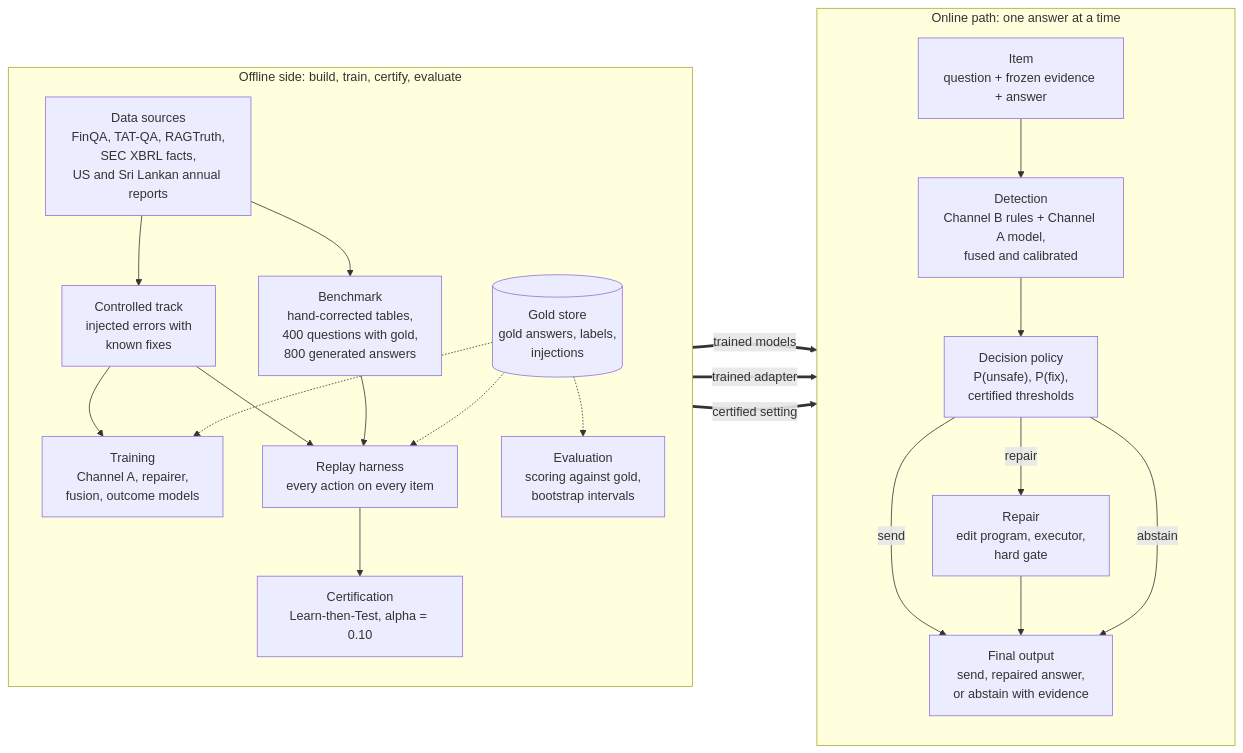
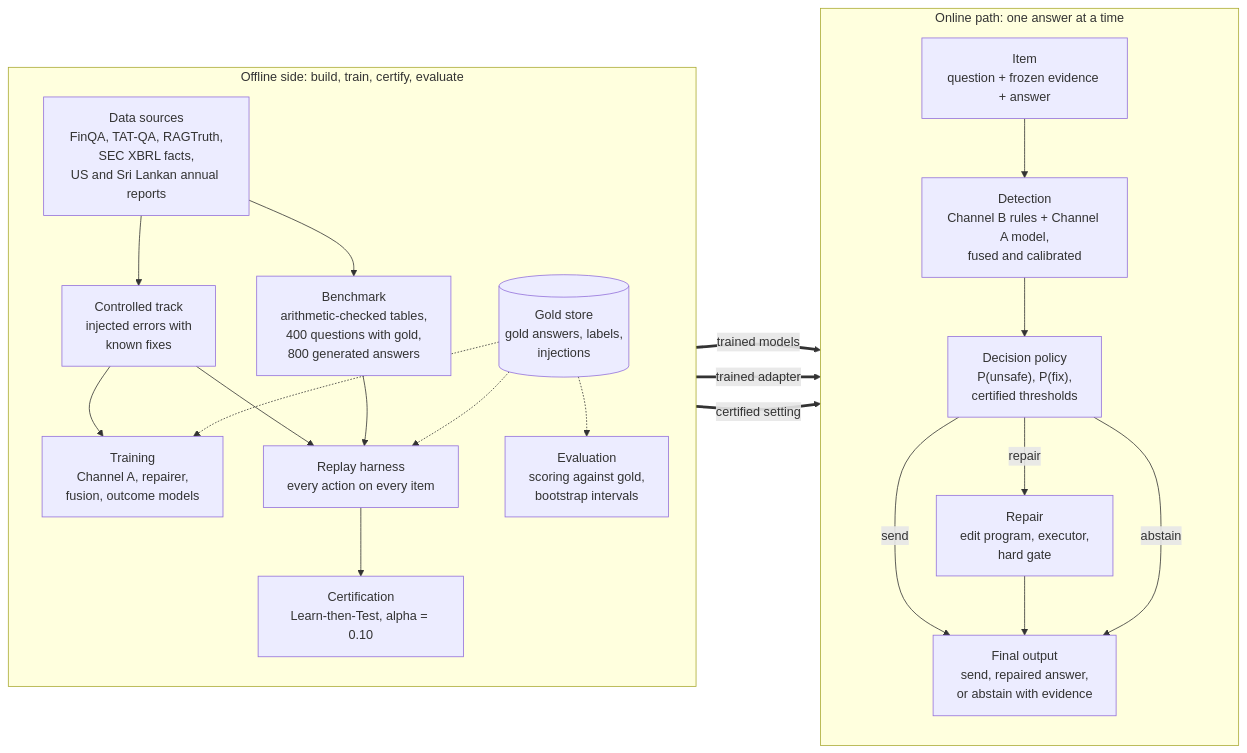
Before and after one commit to SharafThawfeek/FaithGurd-new: the first of 32 diagrams in docs/architecture.md, drawn with Mermaid. The commit also changed other lines of this file and 38 other files, not shown here.

````diff
--- a/docs/architecture.md
+++ b/docs/architecture.md
@@ -61,40 +61,40 @@
 ```mermaid
 flowchart LR
     subgraph OFF["Offline side: build, train, certify, evaluate"]
         direction TB
         SRC["Data sources<br/>FinQA, TAT-QA, RAGTruth,<br/>SEC XBRL facts,<br/>US and Sri Lankan annual reports"]
-        BENCH["Benchmark<br/>hand-corrected tables,<br/>400 questions with gold,<br/>800 generated answers"]
+        BENCH["Benchmark<br/>arithmetic-checked tables,<br/>400 questions with gold,<br/>800 generated answers"]
         CTRL["Controlled track<br/>injected errors with<br/>known fixes"]
         TRAIN["Training<br/>Channel A, repairer,<br/>fusion, outcome models"]
         REPLAY["Replay harness<br/>every action on every item"]
         CERT["Certification<br/>Learn-then-Test, alpha = 0.10"]
         EVAL["Evaluation<br/>scoring against gold,<br/>bootstrap intervals"]
         GOLD[("Gold store<br/>gold answers, labels,<br/>injections")]
         SRC --> BENCH
         SRC --> CTRL
         CTRL --> TRAIN
         CTRL --> REPLAY
         BENCH --> REPLAY
         REPLAY --> CERT
         GOLD -.-> REPLAY
         GOLD -.-> EVAL
         GOLD -.-> TRAIN
     end
 
     subgraph ON["Online path: one answer at a time"]
         direction TB
         IN["Item<br/>question + frozen evidence + answer"]
         DET["Detection<br/>Channel B rules + Channel A model,<br/>fused and calibrated"]
         POL["Decision policy<br/>P(unsafe), P(fix),<br/>certified thresholds"]
         REP["Repair<br/>edit program, executor,<br/>hard gate"]
         OUT["Final output<br/>send, repaired answer,<br/>or abstain with evidence"]
         IN --> DET --> POL
         POL -->|send| OUT
         POL -->|repair| REP --> OUT
         POL -->|abstain| OUT
     end
 
     TRAIN ==>|"trained models"| DET
     TRAIN ==>|"trained adapter"| REP
     CERT ==>|"certified setting"| POL
 ```
````
